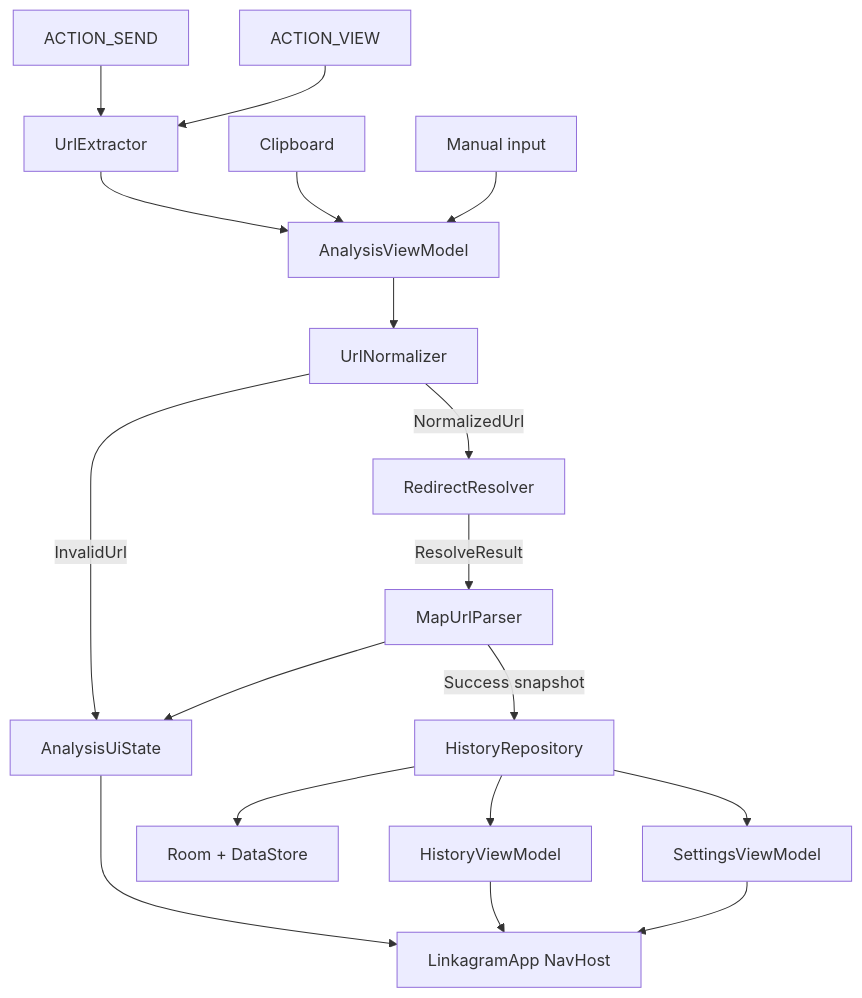
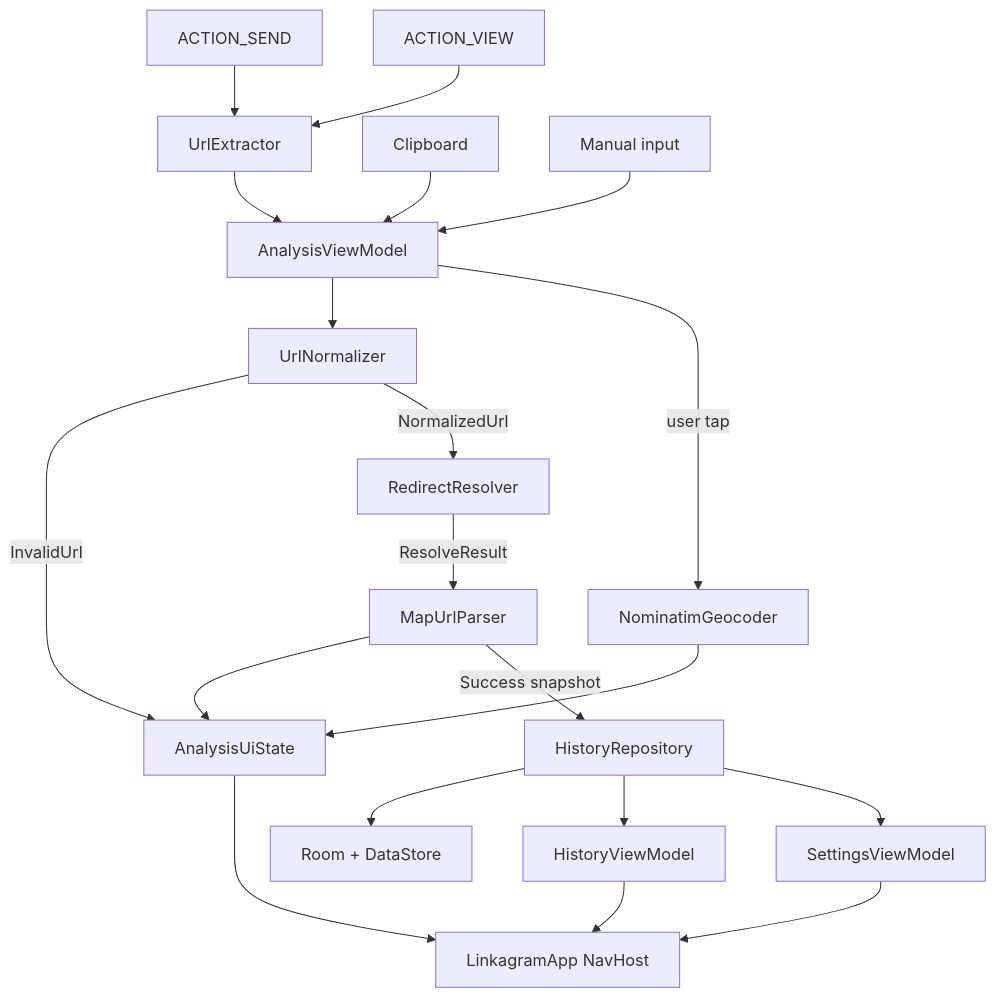
The diagram in docs/architecture.md (miksask/linkagram), drawn with Mermaid before and after one commit. The commit also changed other lines of this file and 20 other files, not shown here.

````diff
--- a/docs/architecture.md
+++ b/docs/architecture.md
@@ -31,20 +32,22 @@
 ```mermaid
 flowchart TD
     Share["ACTION_SEND"] --> Extractor
     View["ACTION_VIEW"] --> Extractor
     Clipboard["Clipboard"] --> AnalysisVM
     Manual["Manual input"] --> AnalysisVM
     Extractor["UrlExtractor"] --> AnalysisVM
     AnalysisVM["AnalysisViewModel"] --> Normalizer["UrlNormalizer"]
     Normalizer -->|"InvalidUrl"| AnalysisState["AnalysisUiState"]
     Normalizer -->|"NormalizedUrl"| Resolver["RedirectResolver"]
     Resolver -->|"ResolveResult"| Parser["MapUrlParser"]
     Parser --> AnalysisState
     Parser -->|"Success snapshot"| HistoryRepo["HistoryRepository"]
+    AnalysisVM -->|"user tap"| Geocoder["NominatimGeocoder"]
+    Geocoder --> AnalysisState
     HistoryRepo --> RoomDB["Room + DataStore"]
     HistoryRepo --> HistoryVM["HistoryViewModel"]
     HistoryRepo --> SettingsVM["SettingsViewModel"]
     AnalysisState --> Screen["LinkagramApp NavHost"]
     HistoryVM --> Screen
     SettingsVM --> Screen
 ```
````
